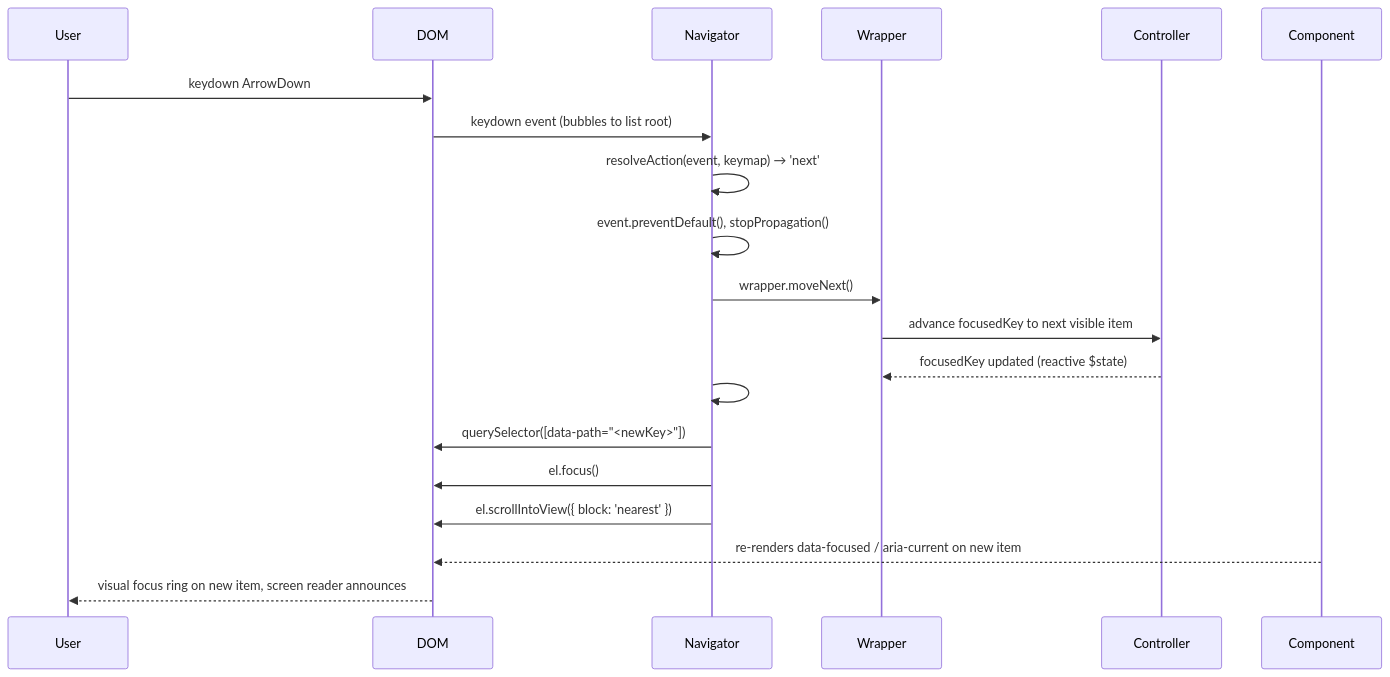
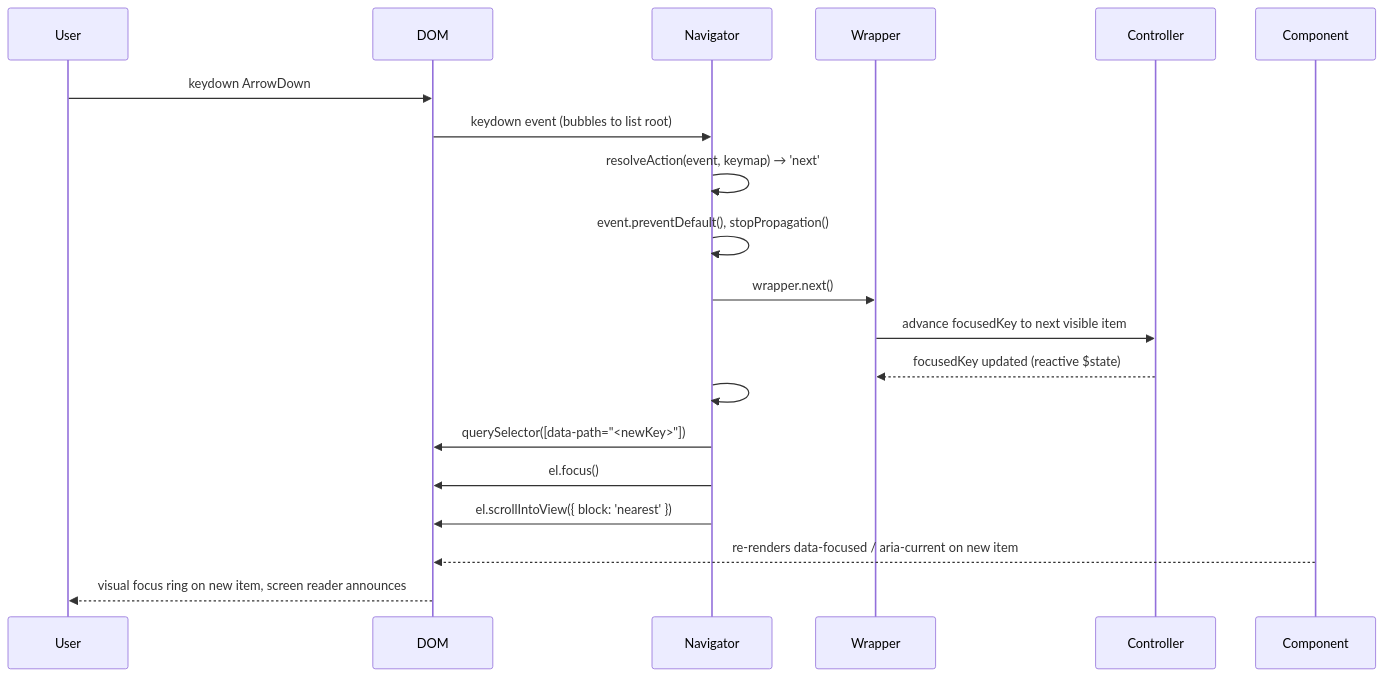
The second of 2 diagrams in docs/design/04-actions.md (jerrythomas/rokkit), drawn with Mermaid before and after one commit. The commit also changed other lines of this file and 20 other files, not shown here.

````diff
--- a/docs/design/04-actions.md
+++ b/docs/design/04-actions.md
@@ -130,23 +136,23 @@
 ```mermaid
 sequenceDiagram
     participant User
     participant DOM
     participant Navigator
     participant Wrapper
     participant Controller
     participant Component
 
     User->>DOM: keydown ArrowDown
     DOM->>Navigator: keydown event (bubbles to list root)
     Navigator->>Navigator: resolveAction(event, keymap) → 'next'
     Navigator->>Navigator: event.preventDefault(), stopPropagation()
-    Navigator->>Wrapper: wrapper.moveNext()
+    Navigator->>Wrapper: wrapper.next()
     Wrapper->>Controller: advance focusedKey to next visible item
     Controller-->>Wrapper: focusedKey updated (reactive $state)
     Navigator->>Navigator: #syncFocus()
     Navigator->>DOM: querySelector([data-path="<newKey>"])
     Navigator->>DOM: el.focus()
     Navigator->>DOM: el.scrollIntoView({ block: 'nearest' })
     Component-->>DOM: re-renders data-focused / aria-current on new item
     DOM-->>User: visual focus ring on new item, screen reader announces
 ```
````
